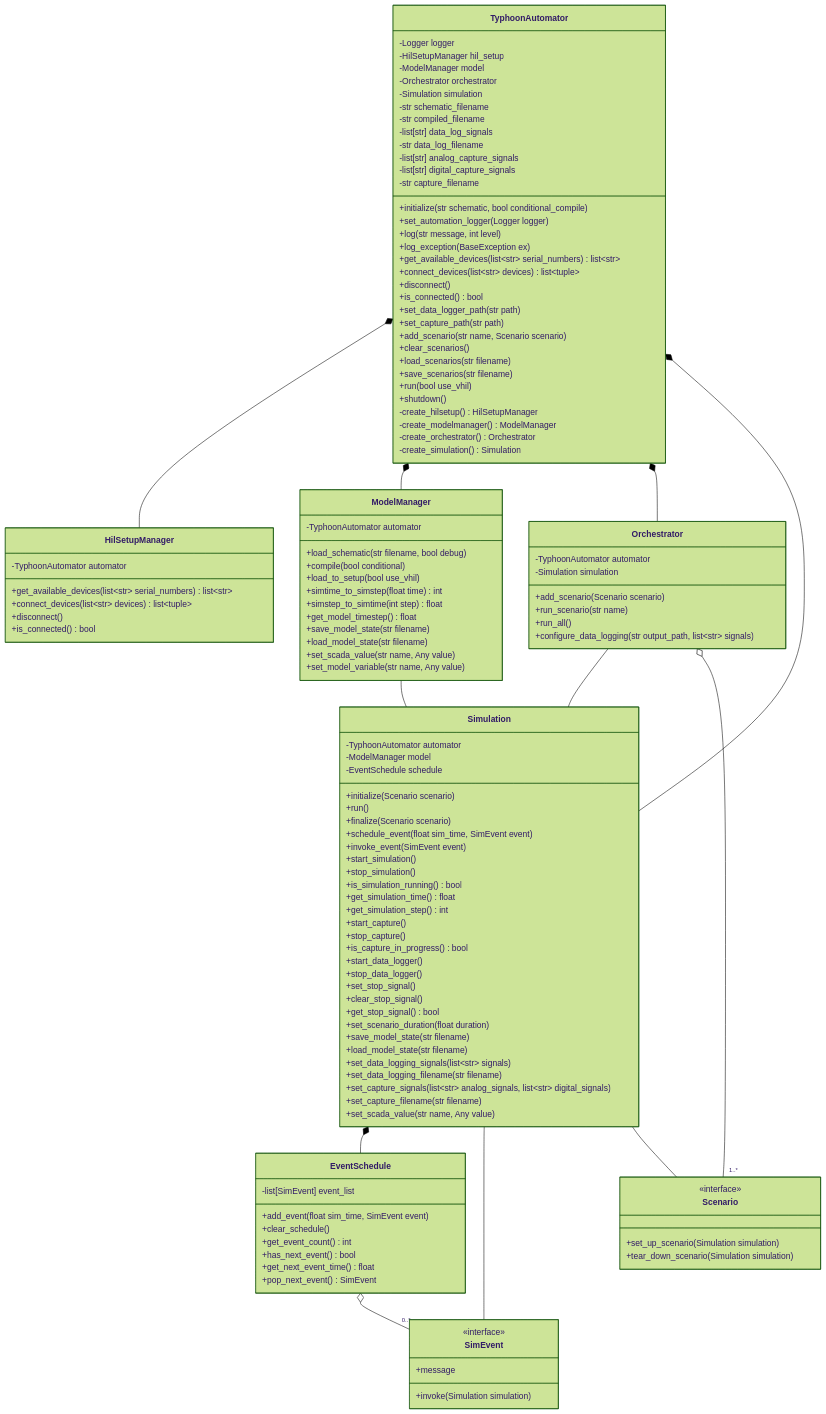
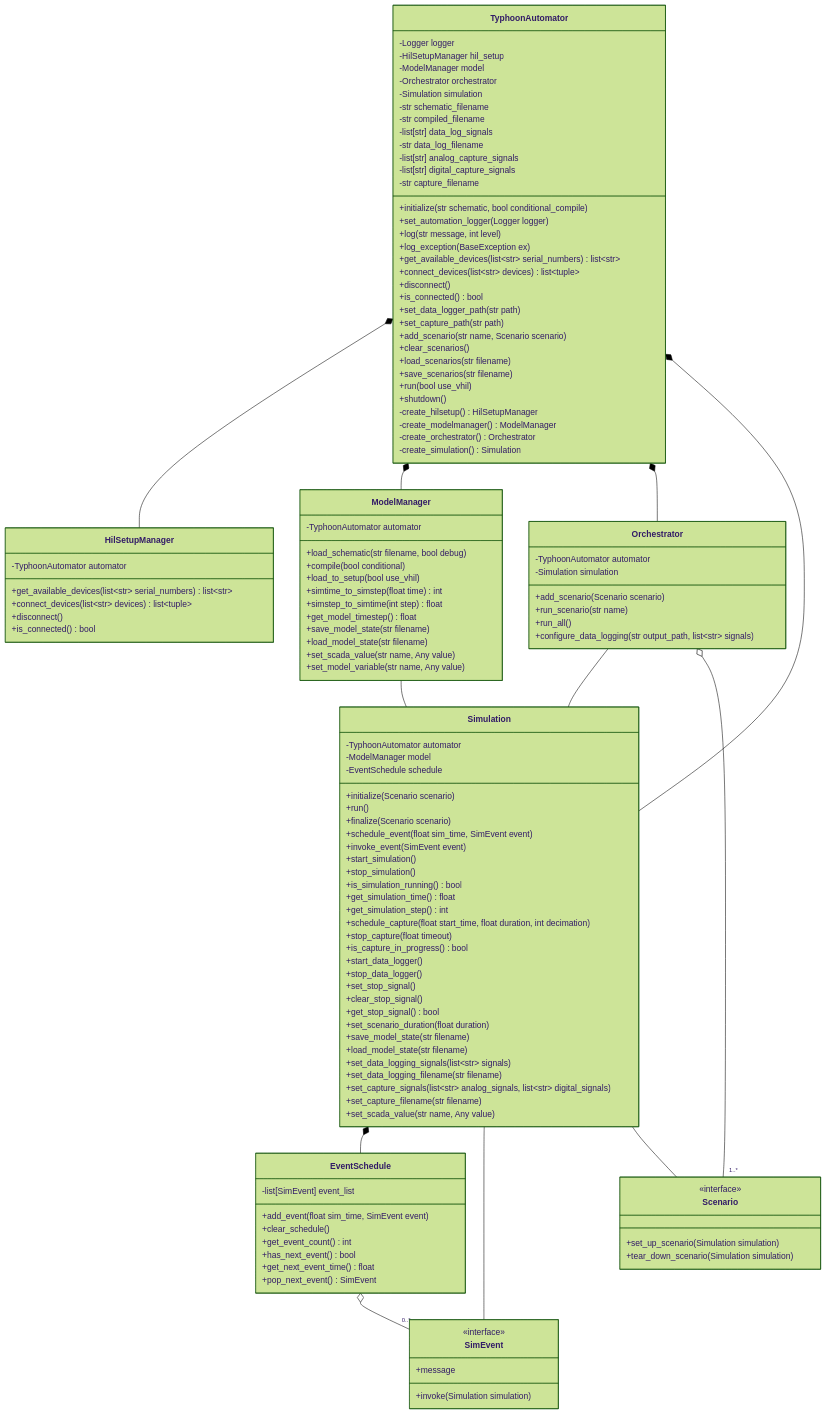
The diagram in docs/code/classes.md (UWM-SEES/TyphoonAutomation), drawn with Mermaid (forest theme) before and after one commit. The commit also changed 2 other files, not shown here.

Commit message:
Implement signal capture functions

```diff
--- a/docs/code/classes.md
+++ b/docs/code/classes.md
@@ -114,8 +114,8 @@
     +get_simulation_time() float
     +get_simulation_step() int
 
-    +start_capture()
-    +stop_capture()
+    +schedule_capture(float start_time, float duration, int decimation)
+    +stop_capture(float timeout)
     +is_capture_in_progress() bool
 
     +start_data_logger()
```
